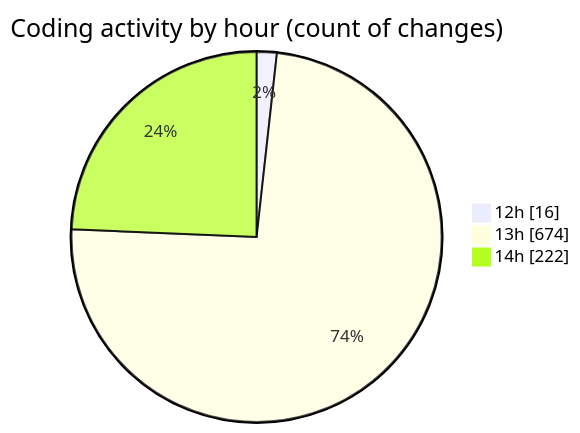
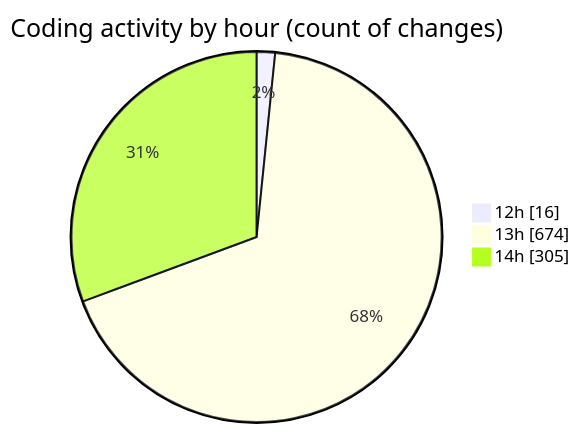
Before and after one commit to vahidmafi/code-tracking: the second of 2 diagrams in 2025-09-16/www/README.md, drawn with Mermaid. The commit also changed other lines of this file and 1 other file, not shown here.

````diff
--- a/2025-09-16/www/README.md
+++ b/2025-09-16/www/README.md
@@ -331,7 +413,7 @@
 ```mermaid
 pie showData
 title Coding activity by hour (count of changes)
 "12h" : 16
 "13h" : 674
-"14h" : 222
+"14h" : 305
 ```
````
